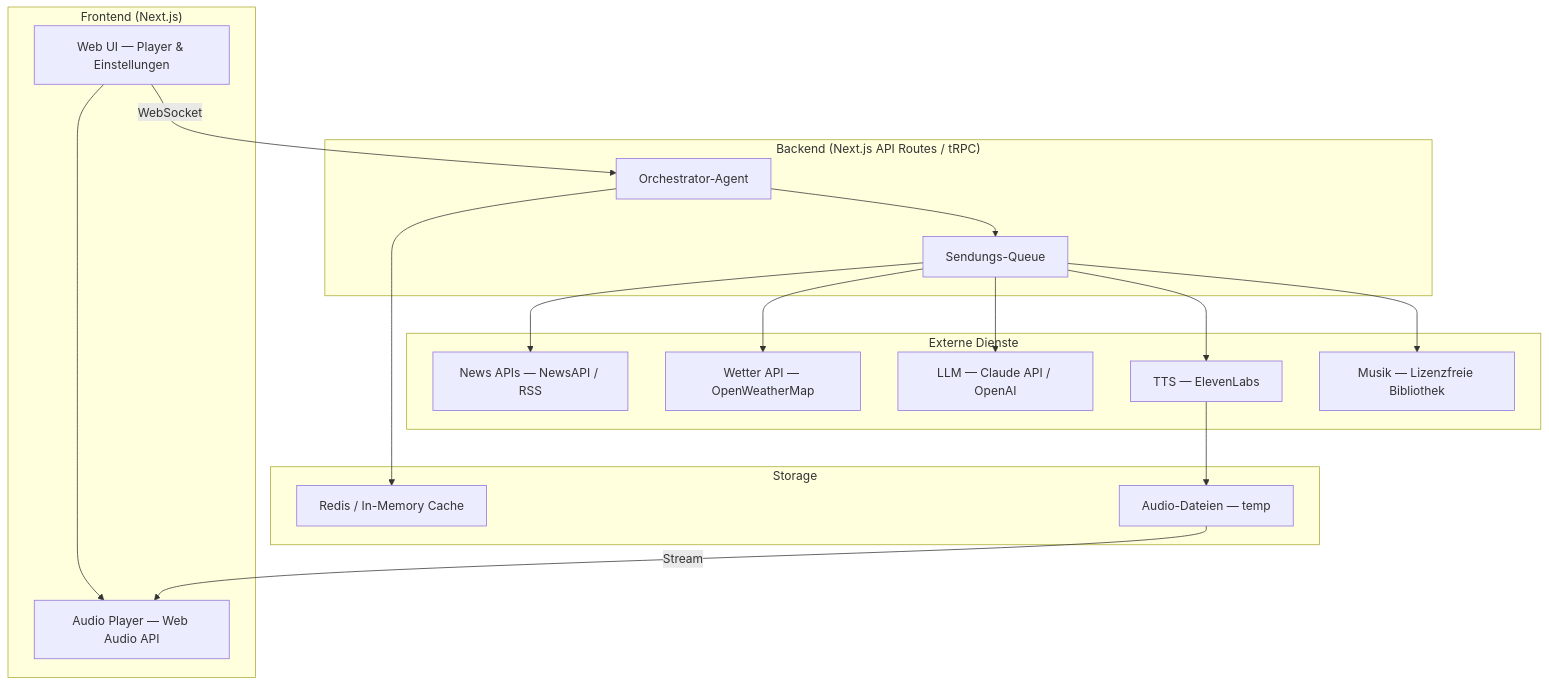
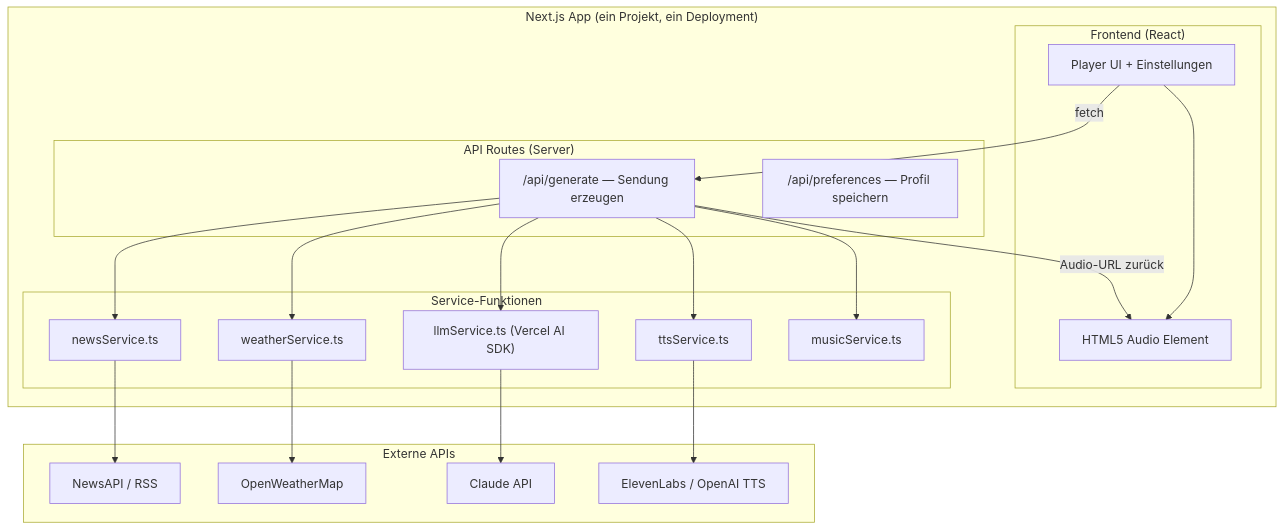
Before and after one commit to MichaelMoeckli/attune: the first of 4 diagrams in techstack_architektur_radion25.md, drawn with Mermaid. The commit also changed other lines of this file and 12 other files, not shown here.

````diff
--- a/techstack_architektur_radion25.md
+++ b/techstack_architektur_radion25.md
@@ -13,37 +13,38 @@
 ```mermaid
 graph TB
-    subgraph Frontend["Frontend (Next.js)"]
-        UI[Web UI — Player & Einstellungen]
-        AP[Audio Player — Web Audio API]
+    subgraph App["Next.js App (ein Projekt, ein Deployment)"]
+        subgraph FE["Frontend (React)"]
+            UI["Player UI + Einstellungen"]
+            PLAYER["HTML5 Audio Element"]
+        end
+
+        subgraph API["API Routes (Server)"]
+            GEN["/api/generate — Sendung erzeugen"]
+            PREF["/api/preferences — Profil speichern"]
+        end
+
+        subgraph Services["Service-Funktionen"]
+            NEWS["newsService.ts"]
+            WEATHER["weatherService.ts"]
+            LLM["llmService.ts (Vercel AI SDK)"]
+            TTS["ttsService.ts"]
+            MUSIC["musicService.ts"]
+        end
     end
 
-    subgraph Backend["Backend (Next.js API Routes / tRPC)"]
-        ORCH[Orchestrator-Agent]
-        QUEUE[Sendungs-Queue]
+    subgraph Extern["Externe APIs"]
+        NEWSAPI["NewsAPI / RSS"]
+        WEATHERAPI["OpenWeatherMap"]
+        CLAUDE["Claude API"]
+        ELEVEN["ElevenLabs / OpenAI TTS"]
     end
 
-    subgraph Services["Externe Dienste"]
-        NEWS[News APIs — NewsAPI / RSS]
-        WEATHER[Wetter API — OpenWeatherMap]
-        LLM[LLM — Claude API / OpenAI]
-        TTS[TTS — ElevenLabs]
-        MUSIC[Musik — Lizenzfreie Bibliothek]
-    end
-
-    subgraph Storage["Storage"]
-        CACHE[Redis / In-Memory Cache]
-        AUDIO[Audio-Dateien — temp]
-    end
-
-    UI -->|WebSocket| ORCH
-    UI --> AP
-    ORCH --> QUEUE
-    QUEUE --> NEWS
-    QUEUE --> WEATHER
-    QUEUE --> LLM
-    QUEUE --> TTS
-    QUEUE --> MUSIC
-    ORCH --> CACHE
-    TTS --> AUDIO
-    AUDIO -->|Stream| AP
+    UI -->|fetch| GEN
+    UI --> PLAYER
+    GEN --> NEWS --> NEWSAPI
+    GEN --> WEATHER --> WEATHERAPI
+    GEN --> LLM --> CLAUDE
+    GEN --> TTS --> ELEVEN
+    GEN --> MUSIC
+    GEN -->|Audio-URL zurück| PLAYER
 ```
````
